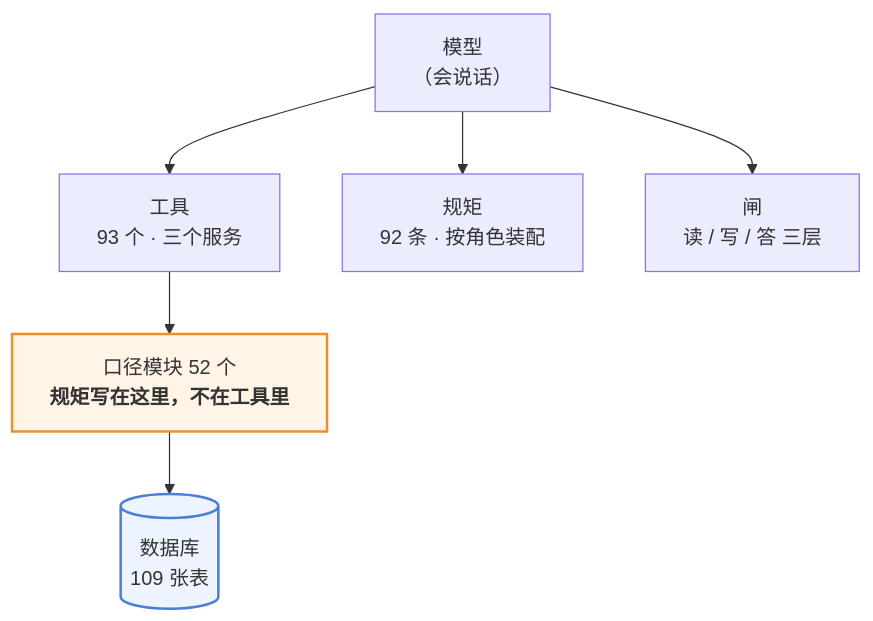
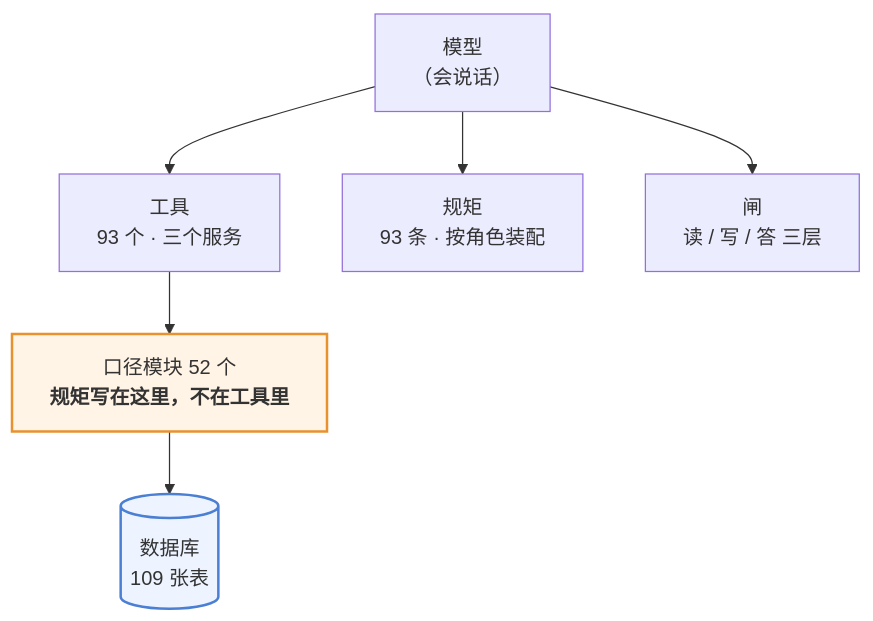
One commit to 843773296-rgb/lanxiu-yunshang-agent changed the first of 3 diagrams in 澜绣云裳agent-产品说明.md. Above: the diagram before and after it, drawn with Mermaid. The commit also changed 12 other files, not shown here.

````diff
--- a/澜绣云裳agent-产品说明.md
+++ b/澜绣云裳agent-产品说明.md
@@ -62,12 +62,12 @@
 ```mermaid
 flowchart TD
     M["模型<br/>（会说话）"]
     M --> T["工具<br/>93 个 · 三个服务"]
-    M --> R["规矩<br/>92 条 · 按角色装配"]
+    M --> R["规矩<br/>93 条 · 按角色装配"]
     M --> G["闸<br/>读 / 写 / 答 三层"]
     T --> K["口径模块 52 个<br/><b>规矩写在这里，不在工具里</b>"]
     K --> DB[("数据库<br/>109 张表")]
 
     style K fill:#fff4e6,stroke:#e8912d,stroke-width:2px
     style DB fill:#eef4ff,stroke:#4a7fd4,stroke-width:2px
 ```
````
